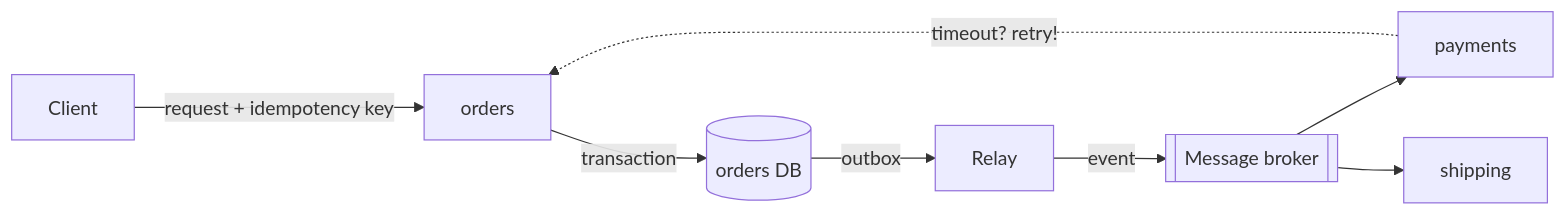
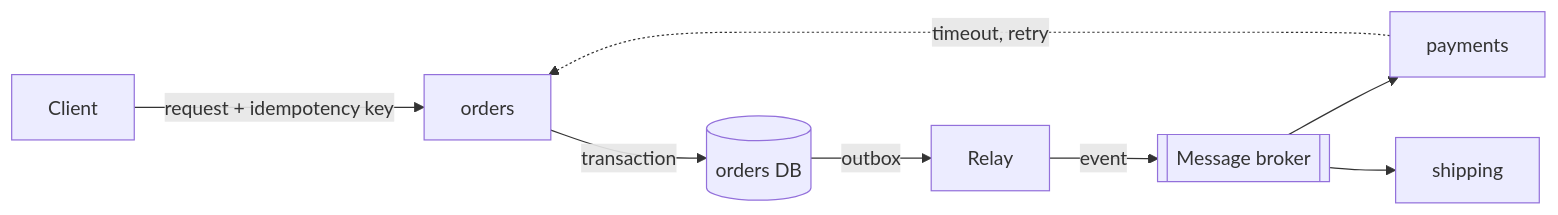
One commit to johankees/software-engineering-tutor changed the diagram in docs/distributed-systems/index.md. Above: the diagram before and after it, drawn with Mermaid. The commit also changed other lines of this file and 118 other files, not shown here.

````diff
--- a/docs/distributed-systems/index.md
+++ b/docs/distributed-systems/index.md
@@ -19,10 +19,10 @@
 ```mermaid
 flowchart LR
     C[Client] -->|request + idempotency key| O[orders]
     O -->|transaction| DB[(orders DB)]
     DB -->|outbox| R[Relay]
     R -->|event| MQ[[Message broker]]
     MQ --> P[payments]
     MQ --> S[shipping]
-    P -.->|timeout? retry!| O
+    P -.->|timeout, retry| O
 ```
````
